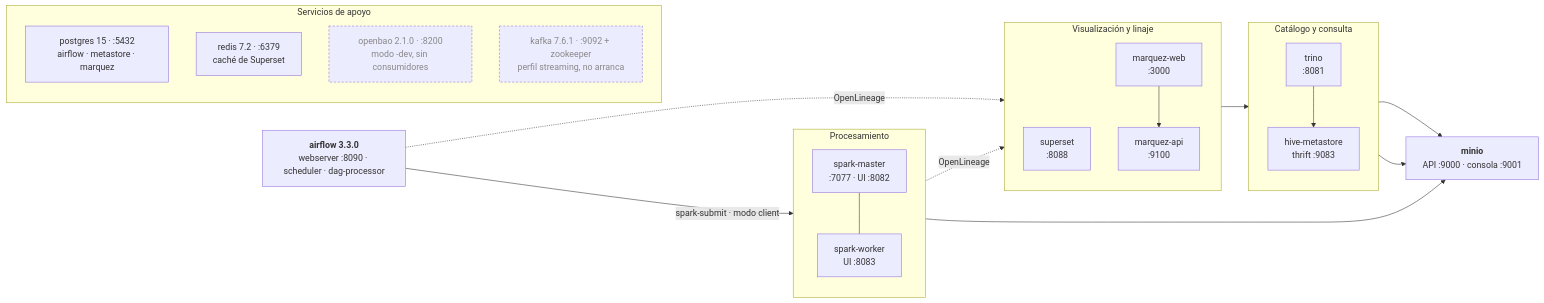
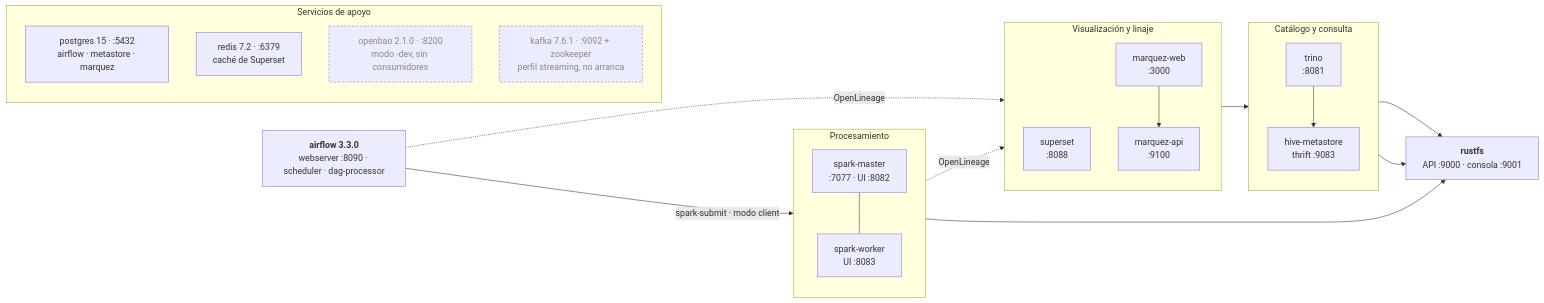
One commit to vektralforge/vektralforge changed the second of 4 diagrams in docs/arquitectura.md. Above: the diagram before and after it, drawn with Mermaid. The commit also changed other lines of this file and 37 other files, not shown here.

````diff
--- a/docs/arquitectura.md
+++ b/docs/arquitectura.md
@@ -237,47 +246,47 @@
 ```mermaid
 flowchart LR
     AFS["<b>airflow 3.3.0</b><br/>webserver :8090 · scheduler · dag-processor"]
 
     subgraph proc["Procesamiento"]
         direction TB
         SPM["spark-master<br/>:7077 · UI :8082"]
         SPW["spark-worker<br/>UI :8083"]
     end
 
     subgraph cons["Catálogo y consulta"]
         direction TB
         TRN["trino<br/>:8081"]
         HMS["hive-metastore<br/>thrift :9083"]
     end
 
-    MIN["<b>minio</b><br/>API :9000 · consola :9001"]
+    MIN["<b>rustfs</b><br/>API :9000 · consola :9001"]
 
     subgraph vis["Visualización y linaje"]
         direction TB
         SUP["superset<br/>:8088"]
         MQW["marquez-web<br/>:3000"]
         MQA["marquez-api<br/>:9100"]
     end
 
     subgraph apoyo["Servicios de apoyo"]
         direction TB
         PG["postgres 15 · :5432<br/>airflow · metastore · marquez"]
         RDS["redis 7.2 · :6379<br/>caché de Superset"]
         OB["openbao 2.1.0 · :8200<br/>modo -dev, sin consumidores"]
         KFK["kafka 7.6.1 · :9092 + zookeeper<br/>perfil streaming, no arranca"]
     end
 
     AFS -->|"spark-submit · modo client"| SPM
     SPM --- SPW
     SPM --> MIN
     HMS --> MIN
     TRN --> HMS
     TRN --> MIN
     SUP --> TRN
     MQW --> MQA
     AFS -.->|OpenLineage| MQA
     SPM -.->|OpenLineage| MQA
 
     classDef inactivo stroke-dasharray:4 3,color:#888
     class OB,KFK inactivo
 ```
````
